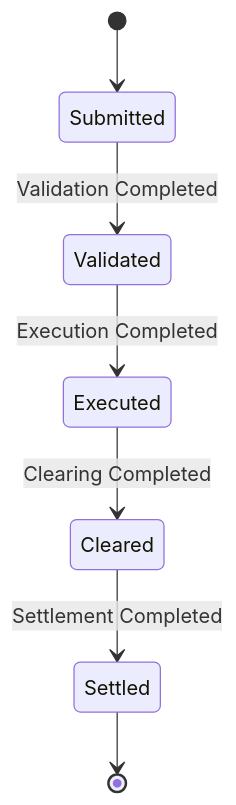
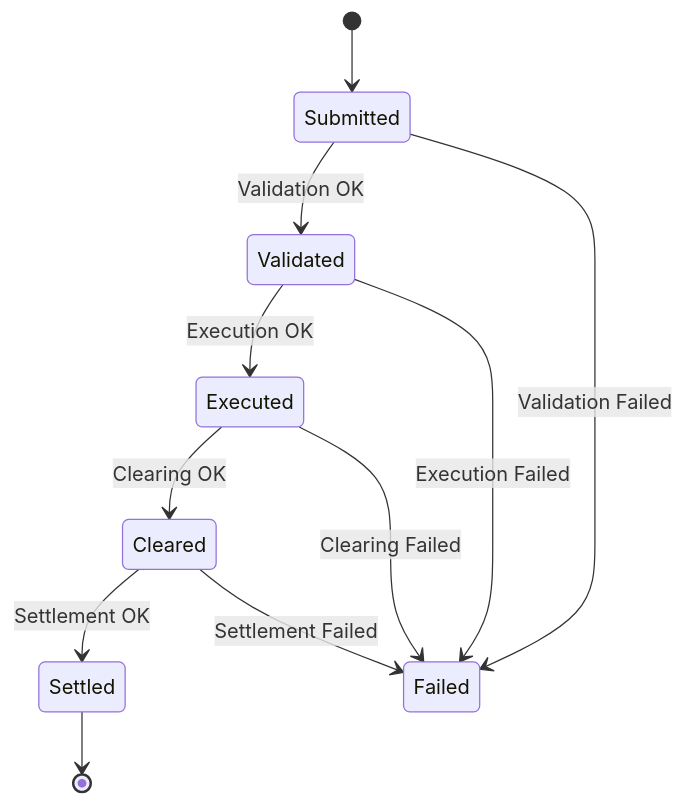
The third of 3 diagrams in README.md (adrian-public/KlearSystem), drawn with Mermaid before and after one commit. The commit also changed other lines of this file, not shown here.

````diff
--- a/README.md
+++ b/README.md
@@ -685,9 +335,13 @@
 ```mermaid
 stateDiagram-v2
     [*] --> Submitted
-    Submitted --> Validated : Validation Completed
-    Validated --> Executed : Execution Completed
-    Executed --> Cleared : Clearing Completed
-    Cleared --> Settled : Settlement Completed
+    Submitted --> Validated : Validation OK
+    Validated --> Executed : Execution OK
+    Executed --> Cleared : Clearing OK
+    Cleared --> Settled : Settlement OK
     Settled --> [*]
+    Submitted --> Failed : Validation Failed
+    Validated --> Failed : Execution Failed
+    Executed --> Failed : Clearing Failed
+    Cleared --> Failed : Settlement Failed
 ```
````
